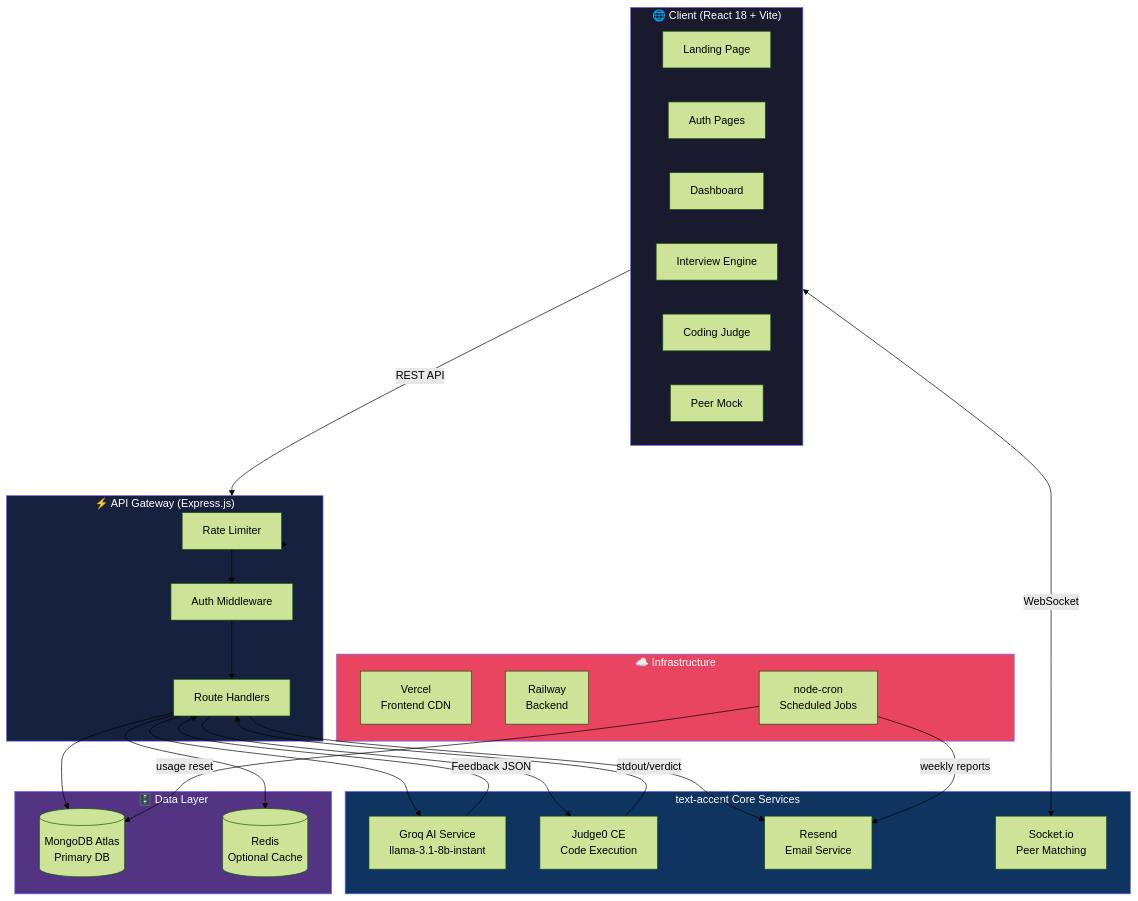
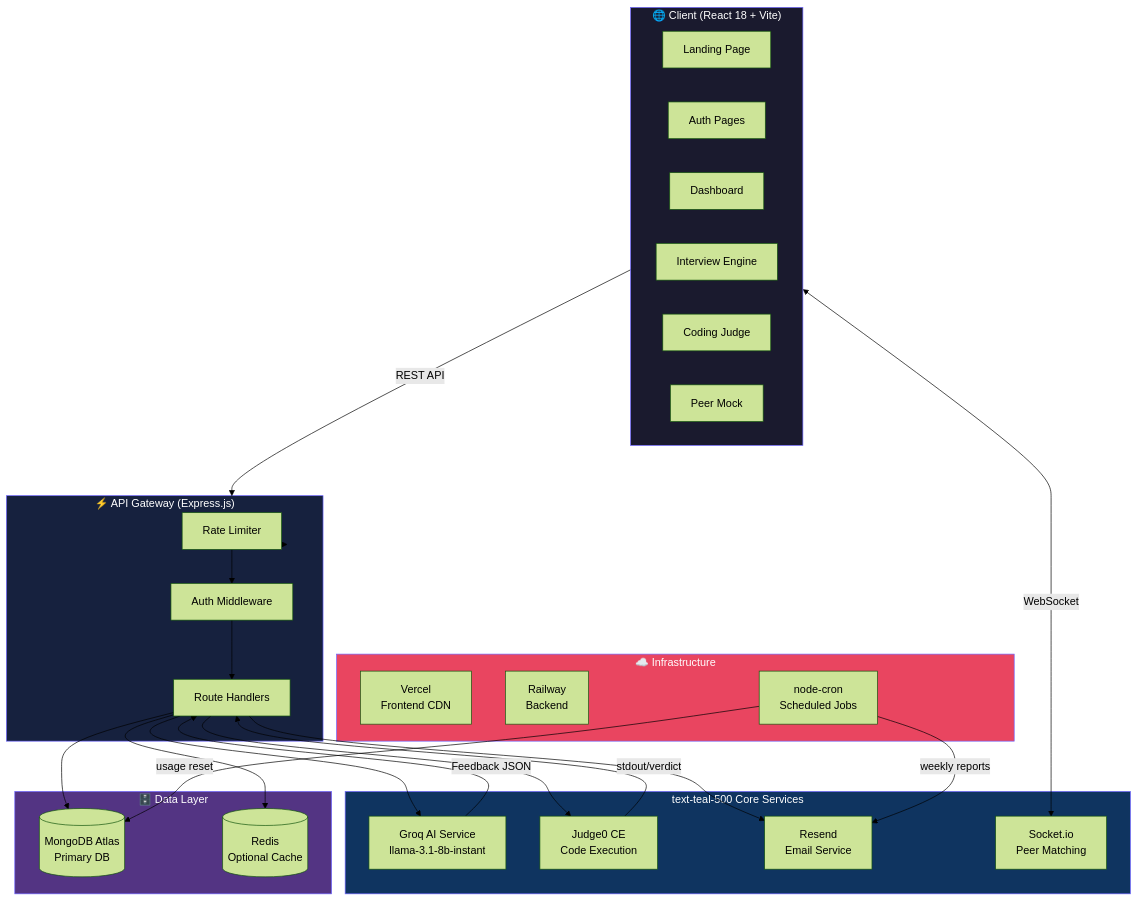
The first of 7 diagrams in README.md (rahulkumarfsd/loopMock-Ai-Powered-InterviewApplication), drawn with Mermaid (forest theme) before and after one commit. The commit also changed other lines of this file and 19 other files, not shown here.

````diff
--- a/README.md
+++ b/README.md
@@ -135,54 +135,54 @@
 ```mermaid
 graph TB
     subgraph Client["🌐 Client (React 18 + Vite)"]
         LP[Landing Page]
         AUTH[Auth Pages]
         DASH[Dashboard]
         INT[Interview Engine]
         CODE[Coding Judge]
         PEER[Peer Mock]
     end
 
     subgraph Gateway["⚡ API Gateway (Express.js)"]
         RL[Rate Limiter]
         MW[Auth Middleware]
         ROUTES[Route Handlers]
     end
 
-    subgraph Services["text-accent Core Services"]
+    subgraph Services["text-teal-500 Core Services"]
         AI[Groq AI Service<br/>llama-3.1-8b-instant]
         J0[Judge0 CE<br/>Code Execution]
         MAIL[Resend<br/>Email Service]
         SOCK[Socket.io<br/>Peer Matching]
     end
 
     subgraph Data["🗄️ Data Layer"]
         MONGO[(MongoDB Atlas<br/>Primary DB)]
         REDIS[(Redis<br/>Optional Cache)]
     end
 
     subgraph Infra["☁️ Infrastructure"]
         VERCEL[Vercel<br/>Frontend CDN]
         RAILWAY[Railway<br/>Backend]
         CRON[node-cron<br/>Scheduled Jobs]
     end
 
     Client -->|REST API| Gateway
     Client <-->|WebSocket| SOCK
     Gateway --> RL --> MW --> ROUTES
     ROUTES --> AI
     ROUTES --> J0
     ROUTES --> MAIL
     ROUTES --> MONGO
     ROUTES --> REDIS
     AI -->|Feedback JSON| ROUTES
     J0 -->|stdout/verdict| ROUTES
     CRON -->|weekly reports| MAIL
     CRON -->|usage reset| MONGO
 
     style Client fill:#1a1a2e,stroke:#6c63ff,color:#fff
     style Gateway fill:#16213e,stroke:#6c63ff,color:#fff
     style Services fill:#0f3460,stroke:#6c63ff,color:#fff
     style Data fill:#533483,stroke:#6c63ff,color:#fff
     style Infra fill:#e94560,stroke:#6c63ff,color:#fff
 ```
````
